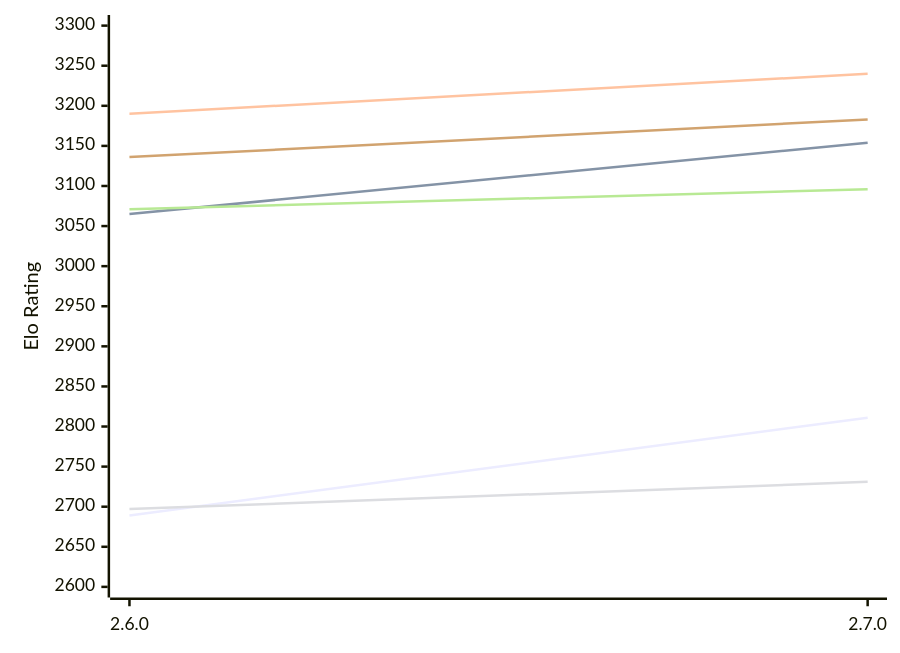
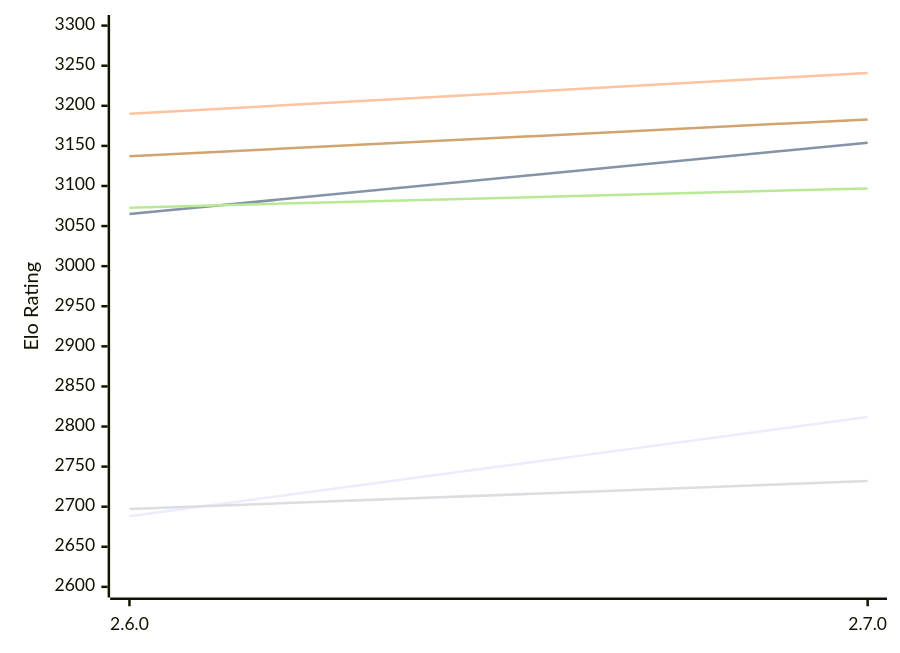
Before and after one commit to computer-chess-index/cci: the first of 2 diagrams in engines/Sturddle2.md, drawn with Mermaid. The commit also changed other lines of this file, not shown here.

Commit message:
Update CCI Ratings (ELO VLTC) - 2026-11-28

````diff
--- a/engines/Sturddle2.md
+++ b/engines/Sturddle2.md
@@ -51,12 +51,12 @@
 ```mermaid
 %%{init: {"theme":"base","themeVariables":{"seriesColors:['#a3a3a3','#222221','#faa371']}}}%%
 xychart-beta
   x-axis ["2.6.0", "2.7.0"]
   y-axis "Elo Rating" 2600 --> 3300
-  line "E1: STC (8.0+0.08s)" [2689, 2811]
+  line "E1: STC (8.0+0.08s)" [2688, 2812]
   line "E1: LTC (60.0+0.60s)" [3065, 3154]
-  line "E1: VLTC (2m24s+1.12s)" [3190, 3240]
-  line "P1: STC (8.0+0.08s)" [2697, 2731]
-  line "P1: LTC (60.0+0.60s)" [3071, 3096]
-  line "P1: VLTC (2m24s+1.12s)" [3136, 3183]
+  line "E1: VLTC (2m24s+1.12s)" [3190, 3241]
+  line "P1: STC (8.0+0.08s)" [2697, 2732]
+  line "P1: LTC (60.0+0.60s)" [3073, 3097]
+  line "P1: VLTC (2m24s+1.12s)" [3137, 3183]
 ```
````
